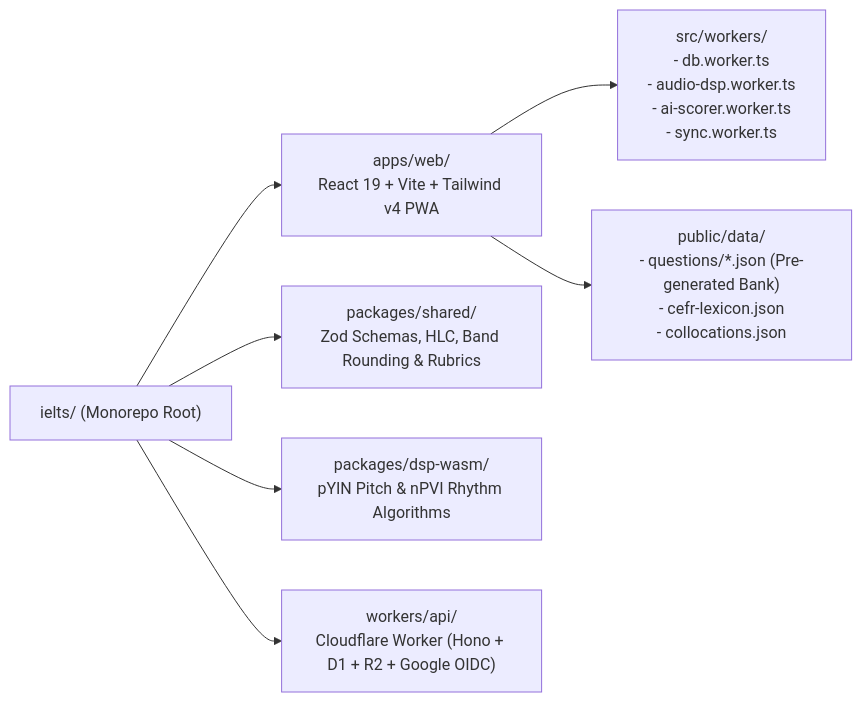
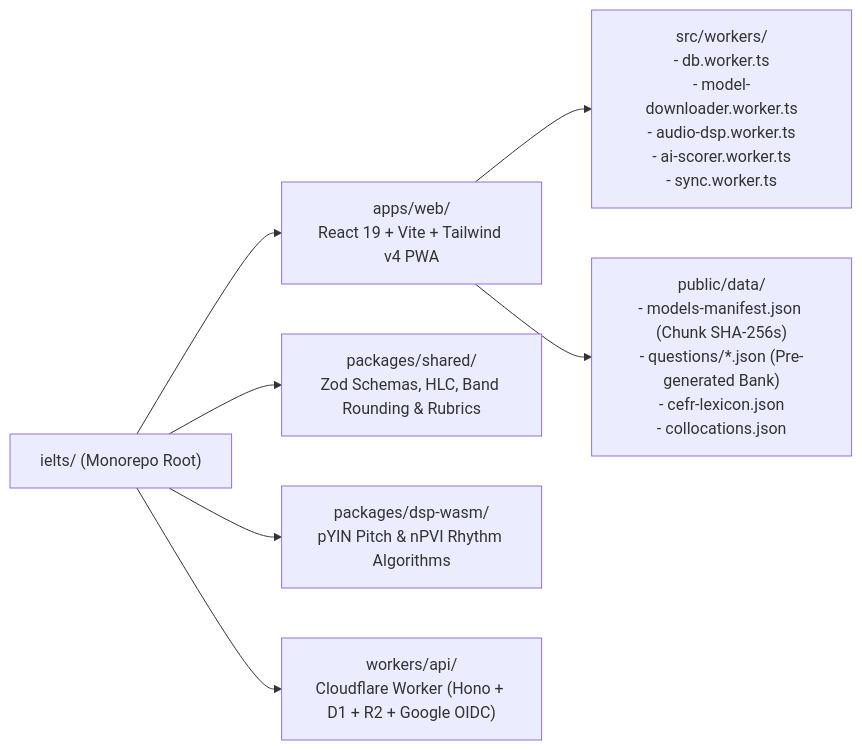
The tenth of 10 diagrams in megaplan.md (rafaelatantya/ielts), drawn with Mermaid before and after one commit. The commit also changed other lines of this file and 1 other file, not shown here.

Commit message:
docs: add 2-stage specialist AI ensemble and crash-resilient multi-point OPFS model downloader schema

````diff
--- a/megaplan.md
+++ b/megaplan.md
@@ -851,10 +1062,10 @@
 ```mermaid
 flowchart LR
     ROOT["ielts/ (Monorepo Root)"] --> WEB["apps/web/<br/>React 19 + Vite + Tailwind v4 PWA"]
     ROOT --> SHARED["packages/shared/<br/>Zod Schemas, HLC, Band Rounding & Rubrics"]
     ROOT --> DSP["packages/dsp-wasm/<br/>pYIN Pitch & nPVI Rhythm Algorithms"]
     ROOT --> API["workers/api/<br/>Cloudflare Worker (Hono + D1 + R2 + Google OIDC)"]
 
-    WEB --> W_WORKERS["src/workers/<br/>- db.worker.ts<br/>- audio-dsp.worker.ts<br/>- ai-scorer.worker.ts<br/>- sync.worker.ts"]
-    WEB --> W_BANK["public/data/<br/>- questions/*.json (Pre-generated Bank)<br/>- cefr-lexicon.json<br/>- collocations.json"]
+    WEB --> W_WORKERS["src/workers/<br/>- db.worker.ts<br/>- model-downloader.worker.ts<br/>- audio-dsp.worker.ts<br/>- ai-scorer.worker.ts<br/>- sync.worker.ts"]
+    WEB --> W_BANK["public/data/<br/>- models-manifest.json (Chunk SHA-256s)<br/>- questions/*.json (Pre-generated Bank)<br/>- cefr-lexicon.json<br/>- collocations.json"]
 ```
````
